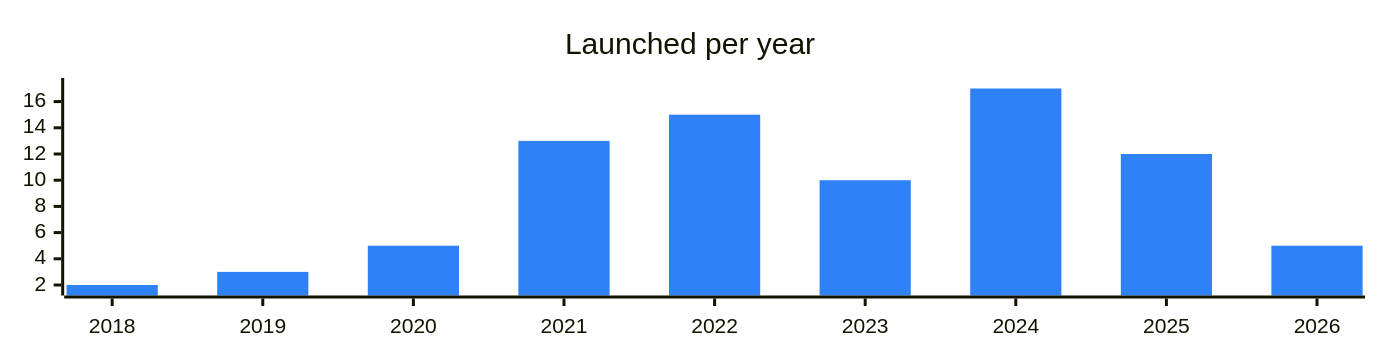
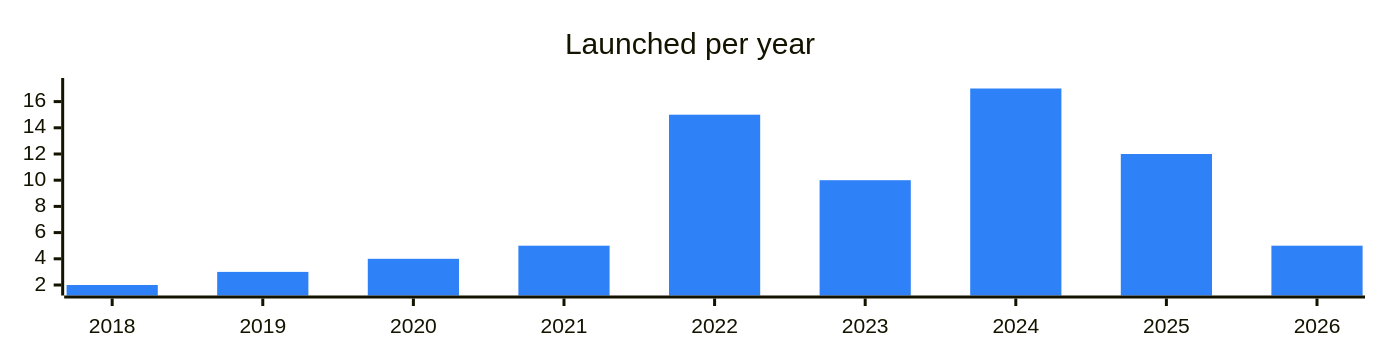
One commit to vitalikgpt/gram-ecosystem changed the diagram in categories/infra.md. Above: the diagram before and after it, drawn with Mermaid. The commit also changed other lines of this file and 48 other files, not shown here.

````diff
--- a/categories/infra.md
+++ b/categories/infra.md
@@ -7,7 +7,7 @@
 ```mermaid
 %%{init: {"xyChart": {"width": 900, "height": 220}, "themeVariables": {"xyChart": {"plotColorPalette": "#2f81f7"}}}}%%
 xychart-beta
   title "Launched per year"
   x-axis ["2018", "2019", "2020", "2021", "2022", "2023", "2024", "2025", "2026"]
-  bar [2, 3, 5, 13, 15, 10, 17, 12, 5]
+  bar [2, 3, 4, 5, 15, 10, 17, 12, 5]
 ```
````
